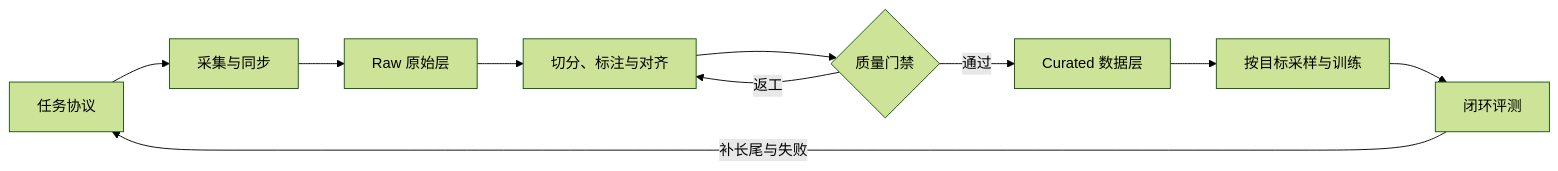
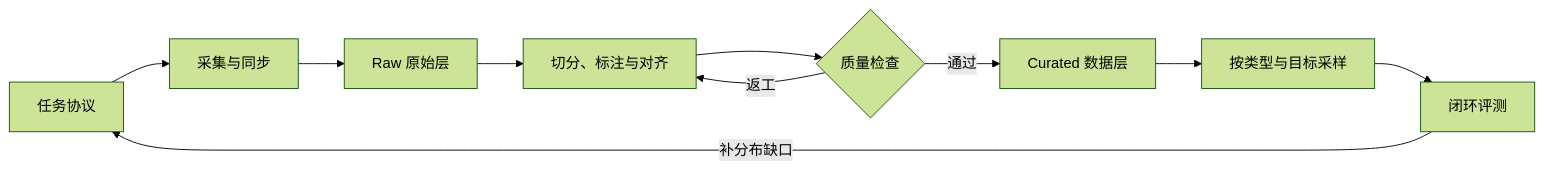
The diagram in docs/embodied-data.md (ppsdk/Embodied-AI-Start), drawn with Mermaid (forest theme) before and after one commit. The commit also changed other lines of this file and 6 other files, not shown here.

````diff
--- a/docs/embodied-data.md
+++ b/docs/embodied-data.md
@@ -15,12 +55,12 @@
 ```mermaid
 flowchart LR
     T[任务协议] --> C[采集与同步]
     C --> R[Raw 原始层]
     R --> P[切分、标注与对齐]
-    P --> Q{质量门禁}
+    P --> Q{质量检查}
     Q -->|通过| D[Curated 数据层]
     Q -->|返工| P
-    D --> M[按目标采样与训练]
+    D --> M[按类型与目标采样]
     M --> E[闭环评测]
-    E -->|补长尾与失败| T
+    E -->|补分布缺口| T
 ```
````
